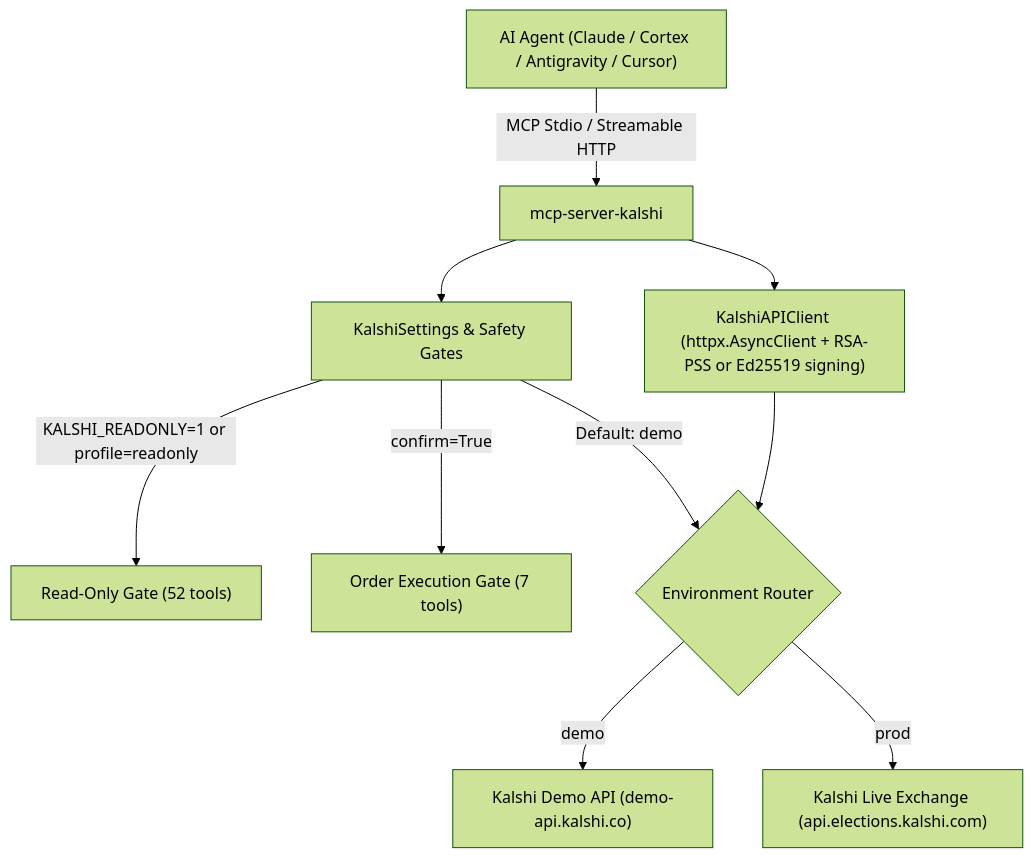
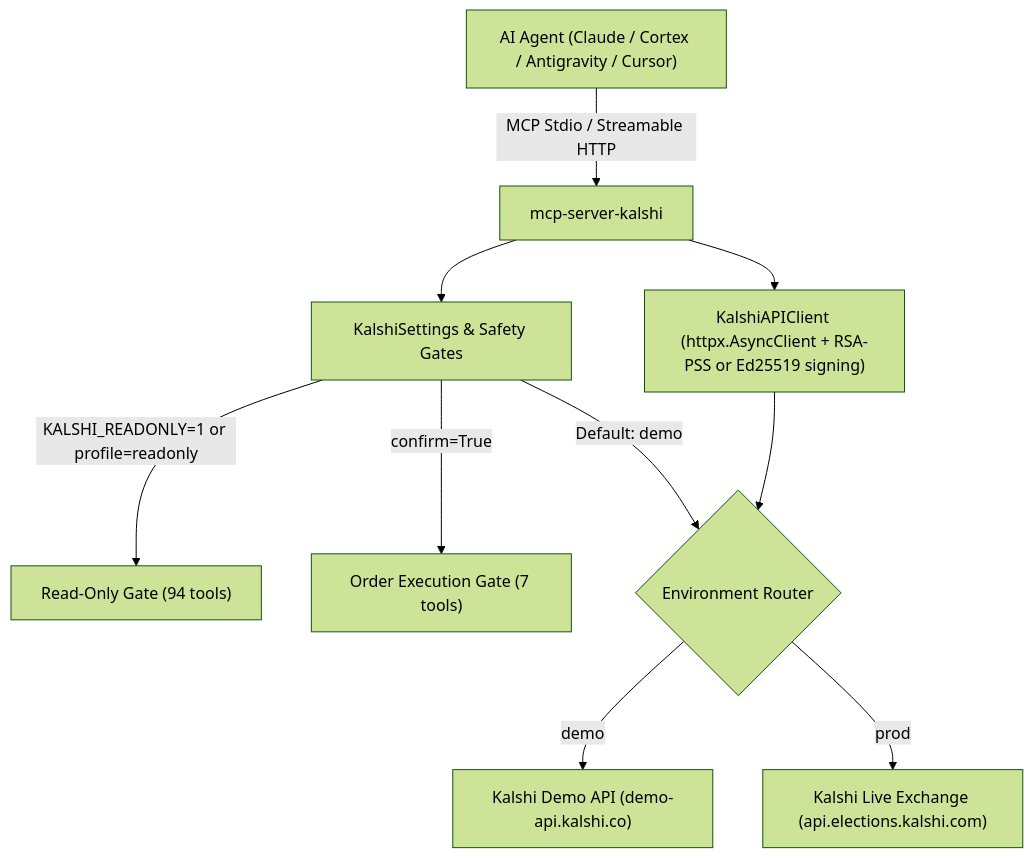
One commit to christianclaudio/mcp-server-kalshi changed the diagram in README.md. Above: the diagram before and after it, drawn with Mermaid (forest theme). The commit also changed other lines of this file and 13 other files, not shown here.

````diff
--- a/README.md
+++ b/README.md
@@ -11,12 +11,12 @@
 ```mermaid
 graph TD
     Client["AI Agent (Claude / Cortex / Antigravity / Cursor)"] -->|"MCP Stdio / Streamable HTTP"| Server["mcp-server-kalshi"]
     Server --> Config["KalshiSettings & Safety Gates"]
-    Config -->|"KALSHI_READONLY=1 or profile=readonly"| RO["Read-Only Gate (52 tools)"]
+    Config -->|"KALSHI_READONLY=1 or profile=readonly"| RO["Read-Only Gate (94 tools)"]
     Config -->|"confirm=True"| Mutating["Order Execution Gate (7 tools)"]
     Config -->|"Default: demo"| EnvSelect{"Environment Router"}
     EnvSelect -->|"demo"| DemoAPI["Kalshi Demo API (demo-api.kalshi.co)"]
     EnvSelect -->|"prod"| ProdAPI["Kalshi Live Exchange (api.elections.kalshi.com)"]
     Server --> ClientPool["KalshiAPIClient (httpx.AsyncClient + RSA-PSS or Ed25519 signing)"]
     ClientPool --> EnvSelect
 ```
````
